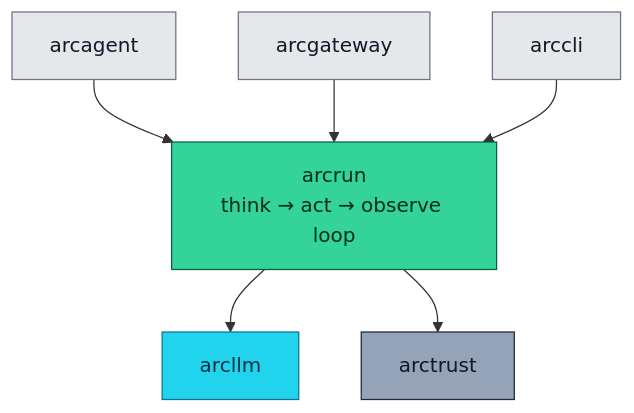
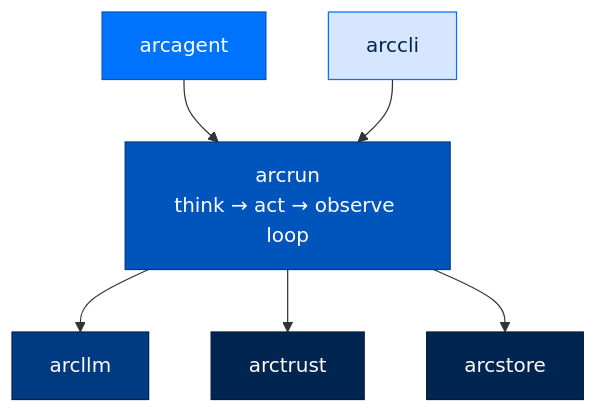
The diagram in packages/arcrun/README.md (joshuamschultz/Arc), drawn with Mermaid before and after one commit. The commit also changed other lines of this file and 16 other files, not shown here.

````diff
--- a/packages/arcrun/README.md
+++ b/packages/arcrun/README.md
@@ -32,13 +32,14 @@
 ```mermaid
 flowchart TB
-    classDef rn fill:#34D399,stroke:#065F46,color:#022C22
-    classDef llm fill:#22D3EE,stroke:#0E7490,color:#083344
-    classDef tr fill:#94A3B8,stroke:#1E293B,color:#0F172A
-    classDef other fill:#E5E7EB,stroke:#6B7280,color:#111827
+    classDef entry fill:#D6E6FF,stroke:#0073FE,color:#002550
+    classDef agent fill:#0073FE,stroke:#0055BC,color:#FFFFFF
+    classDef runtime fill:#0055BC,stroke:#003B82,color:#FFFFFF
+    classDef llm fill:#003B82,stroke:#002550,color:#FFFFFF
+    classDef found fill:#002550,stroke:#001A38,color:#FFFFFF
 
-    arcagent[arcagent]:::other --> arcrun
-    arcgateway[arcgateway]:::other --> arcrun
-    arccli[arccli]:::other --> arcrun
-    arcrun[arcrun<br/>think → act → observe loop]:::rn --> arcllm[arcllm]:::llm
-    arcrun --> arctrust[arctrust]:::tr
+    arcagent[arcagent]:::agent --> arcrun
+    arccli[arccli]:::entry --> arcrun
+    arcrun[arcrun<br/>think → act → observe loop]:::runtime --> arcllm[arcllm]:::llm
+    arcrun --> arctrust[arctrust]:::found
+    arcrun --> arcstore[arcstore]:::found
 ```
````
